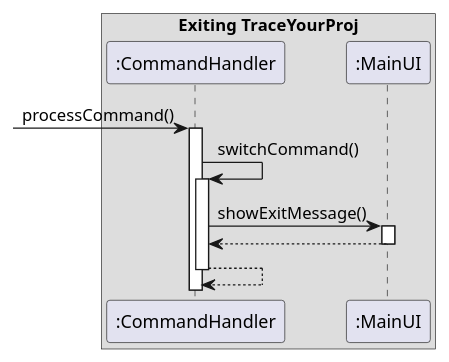
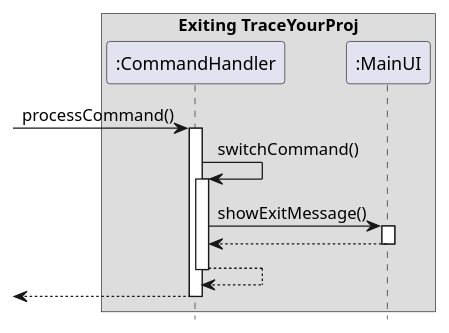
The diagram in puml_files/Exit.puml (s-t-e-f/tp), drawn with PlantUML before and after one commit. The commit also changed 13 other files, not shown here.

Commit message:
Standardise sequence diagrams

```diff
--- a/puml_files/Exit.puml
+++ b/puml_files/Exit.puml
@@ -1,24 +1,25 @@
 @startuml
+hide footbox
 
 box Exiting TraceYourProj
 participant ":CommandHandler" as CH
 participant ":MainUI" as MUI
 end box
 
 
 [-> CH : processCommand()
 activate CH
 
 CH -> CH : switchCommand()
 activate CH
 
 CH -> MUI : showExitMessage()
 activate MUI
 return
 
 return
-
+return
 
 
 
 @enduml
```
